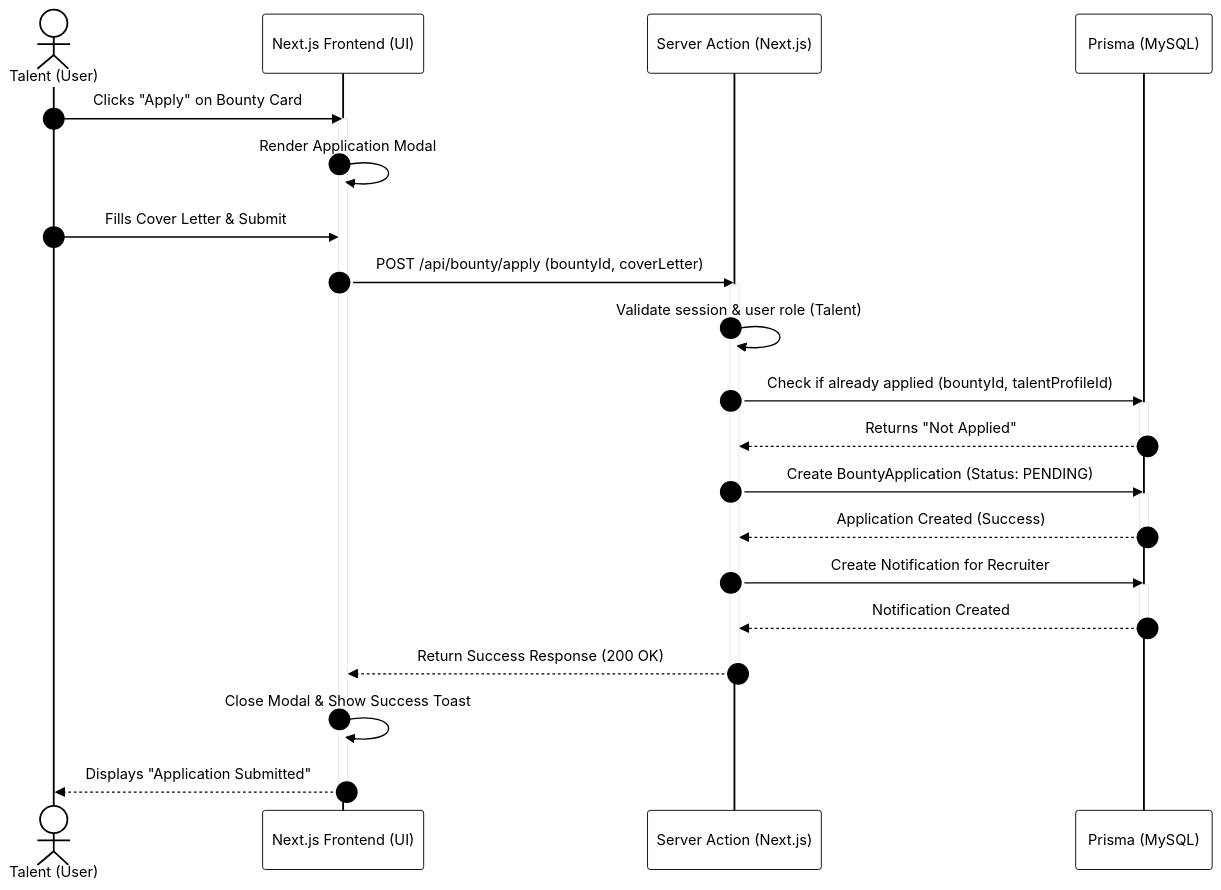
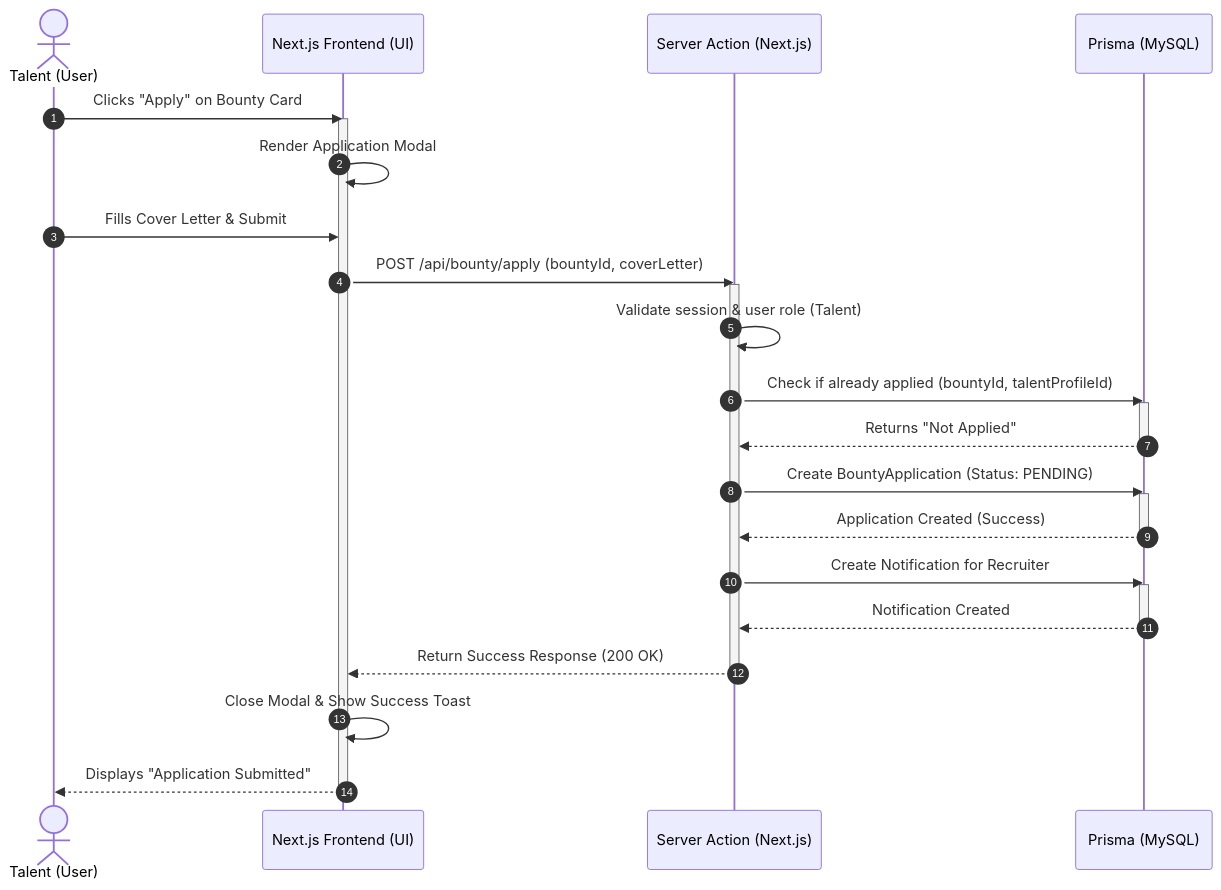
Before and after one commit to Hannankhan00/skillspill: the first of 3 diagrams in Sequence-Diagram.md, drawn with Mermaid.

Commit message:
recruiter to company

````diff
--- a/Sequence-Diagram.md
+++ b/Sequence-Diagram.md
@@ -9,54 +9,55 @@
 ```mermaid
 %%{init: {
+<!-- [MermaidChart: b305a575-9161-4060-a30b-ccbcdfbd9d3b] -->
   'theme': 'base',
   'themeVariables': {
     'primaryColor': '#ffffff',
     'primaryTextColor': '#000000',
     'primaryBorderColor': '#000000',
     'lineColor': '#000000',
     'secondaryColor': '#ffffff',
     'tertiaryColor': '#ffffff',
     'nodeBorder': '#000000',
     'mainBkg': '#ffffff',
     'fontFamily': 'arial',
     'sequenceNumberColor': '#000000'
   }
 } }%%
 sequenceDiagram
     autonumber
     actor Talent as Talent (User)
     participant UI as Next.js Frontend (UI)
     participant API as Server Action (Next.js)
     participant DB as Prisma (MySQL)
 
     Talent->>UI: Clicks "Apply" on Bounty Card
     activate UI
     UI->>UI: Render Application Modal
     Talent->>UI: Fills Cover Letter & Submit
     UI->>API: POST /api/bounty/apply (bountyId, coverLetter)
     activate API
     
     API->>API: Validate session & user role (Talent)
     
     API->>DB: Check if already applied (bountyId, talentProfileId)
     activate DB
     DB-->>API: Returns "Not Applied"
     deactivate DB
     
     API->>DB: Create BountyApplication (Status: PENDING)
     activate DB
     DB-->>API: Application Created (Success)
     deactivate DB
     
     API->>DB: Create Notification for Recruiter
     activate DB
     DB-->>API: Notification Created
     deactivate DB
     
     API-->>UI: Return Success Response (200 OK)
     deactivate API
     
     UI->>UI: Close Modal & Show Success Toast
     UI-->>Talent: Displays "Application Submitted"
     deactivate UI
 ```
````
